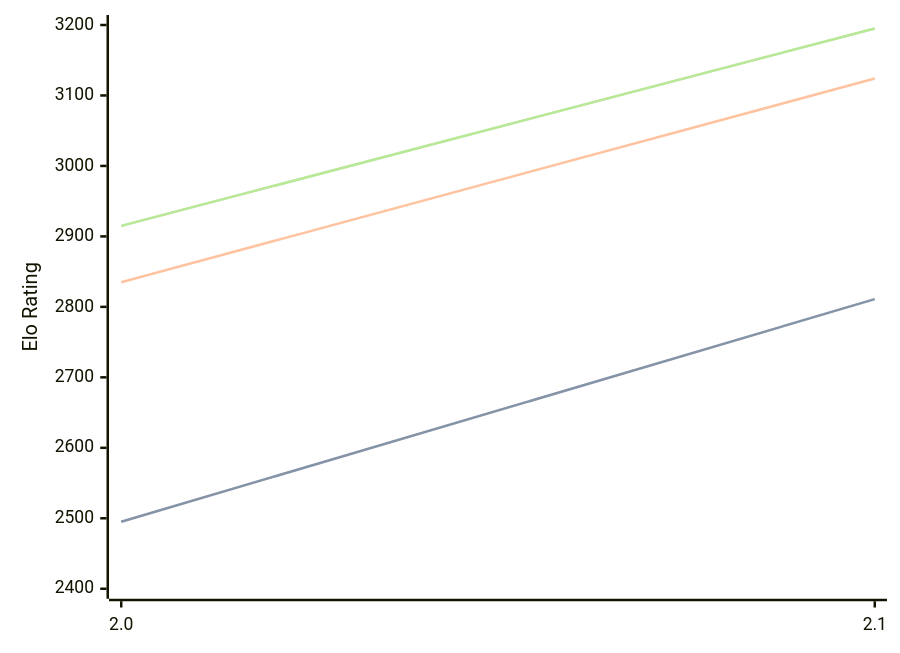
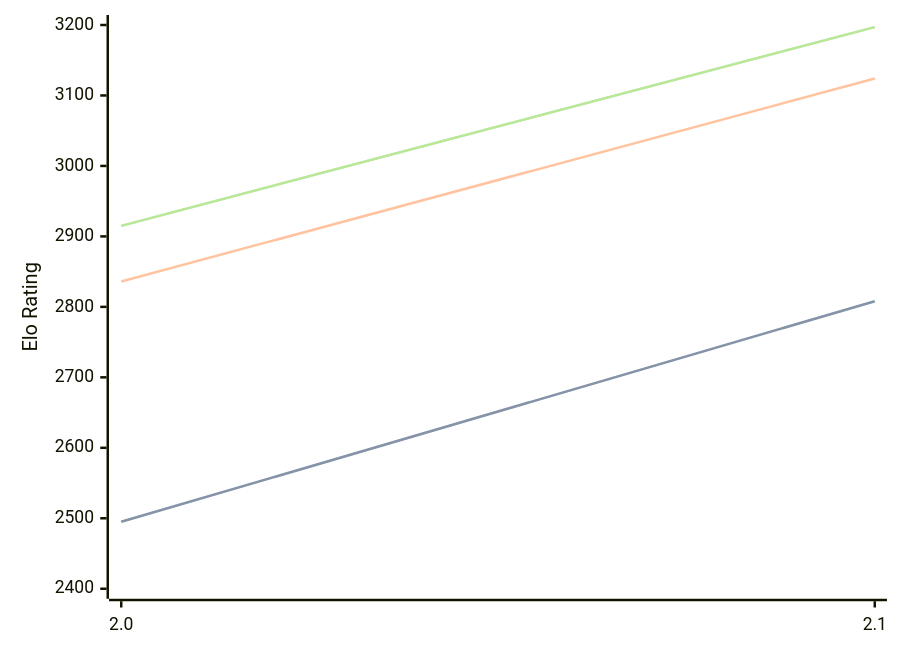
One commit to computer-chess-index/cci changed the third of 3 diagrams in engines/Tunguska.md. Above: the diagram before and after it, drawn with Mermaid. The commit also changed other lines of this file, not shown here.

Commit message:
Update CCI Ratings (ELO VLTC) - 2026-06-22

````diff
--- a/engines/Tunguska.md
+++ b/engines/Tunguska.md
@@ -65,11 +65,11 @@
 ```mermaid
 %%{init: {"theme":"base","themeVariables":{"seriesColors:['#a3a3a3','#222221','#faa371']}}}%%
 xychart-beta
   x-axis ["2.0", "2.1"]
   y-axis "Elo Rating" 2400 --> 3200
-  line "STC (8.0+0.08s)" [2495, 2811]
-  line "STC (8.0+0.08s)" [2495, 2811]
-  line "LTC (60.0+0.60s)" [2835, 3124]
-  line "VLTC (2m24s+1.12s)" [2915, 3195]
-  line "VLTC (2m24s+1.12s)" [2915, 3195]
+  line "STC (8.0+0.08s)" [2495, 2808]
+  line "STC (8.0+0.08s)" [2495, 2808]
+  line "LTC (60.0+0.60s)" [2836, 3124]
+  line "VLTC (2m24s+1.12s)" [2915, 3197]
+  line "VLTC (2m24s+1.12s)" [2915, 3197]
 ```
````
